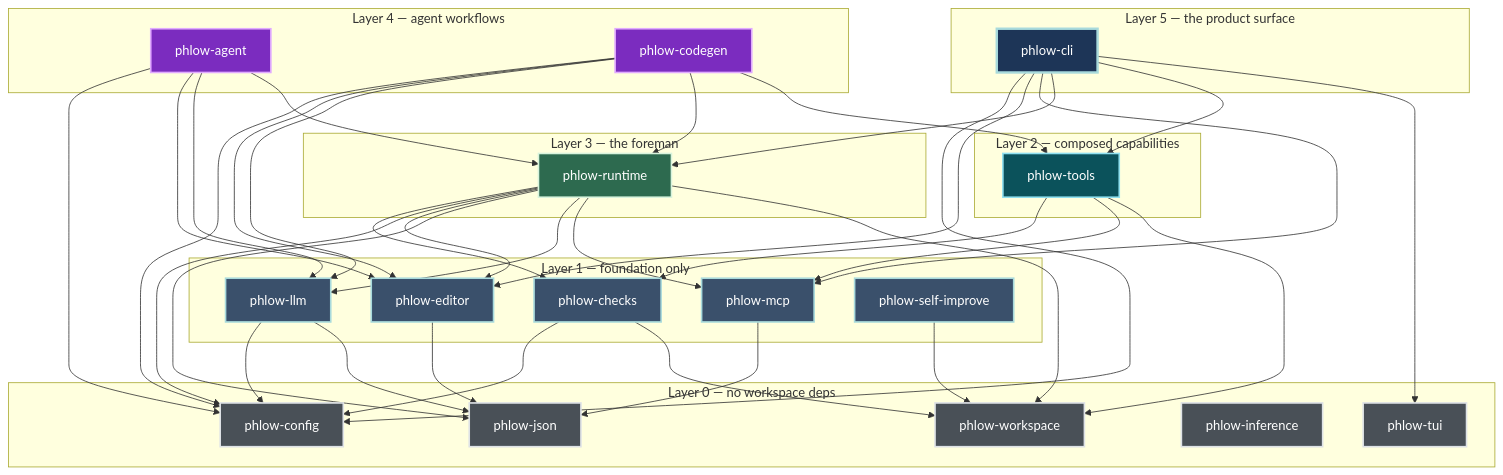
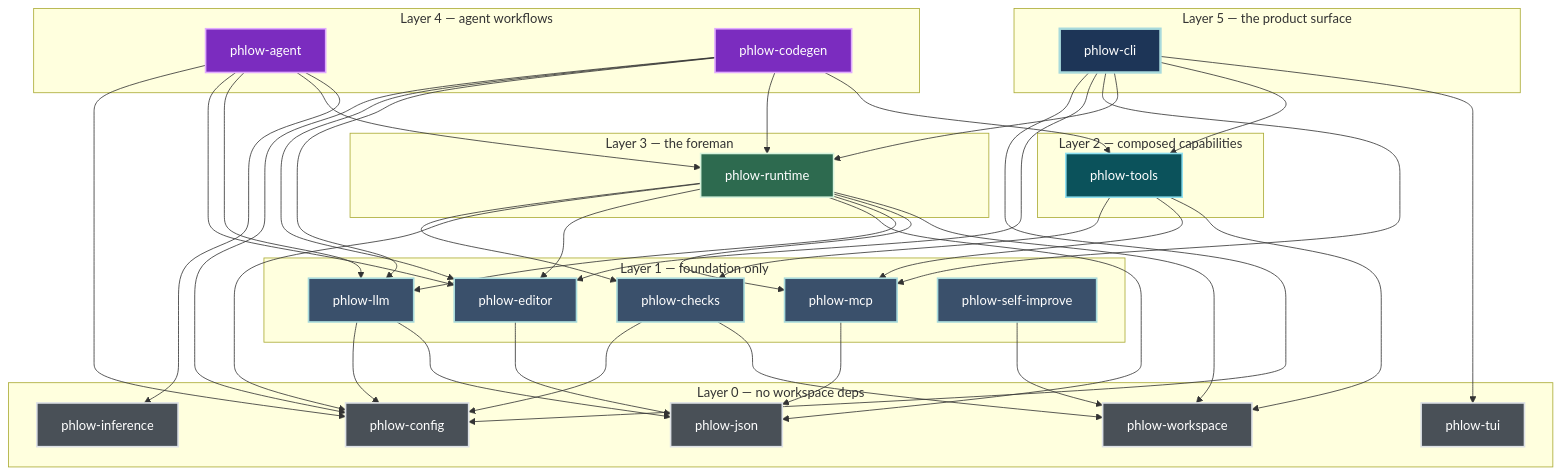
Before and after one commit to qompassai/phlow: the second of 5 diagrams in docs/ARCHITECTURE.md, drawn with Mermaid. The commit also changed other lines of this file, not shown here.

Commit message:
docs: ARCHITECTURE.md reflects the CLM integration (agent->inference edge, new modules)

```diff
--- a/docs/ARCHITECTURE.md
+++ b/docs/ARCHITECTURE.md
@@ -202,6 +204,7 @@
     agt --> edt
     agt --> llm
     agt --> rt
+    agt --> inf
     cgen --> cfg
     cgen --> edt
     cgen --> llm
```
